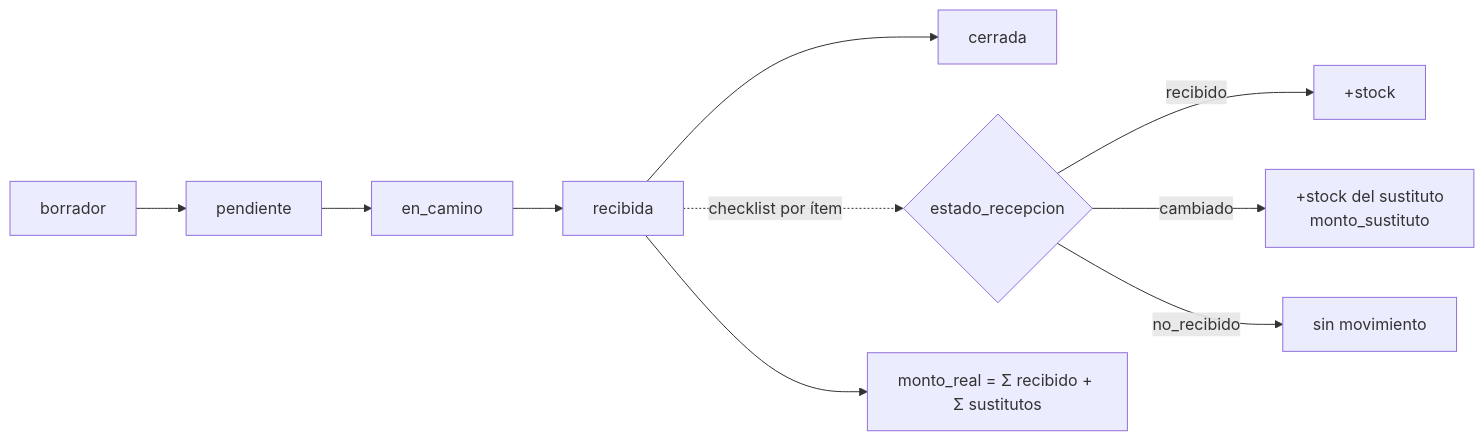
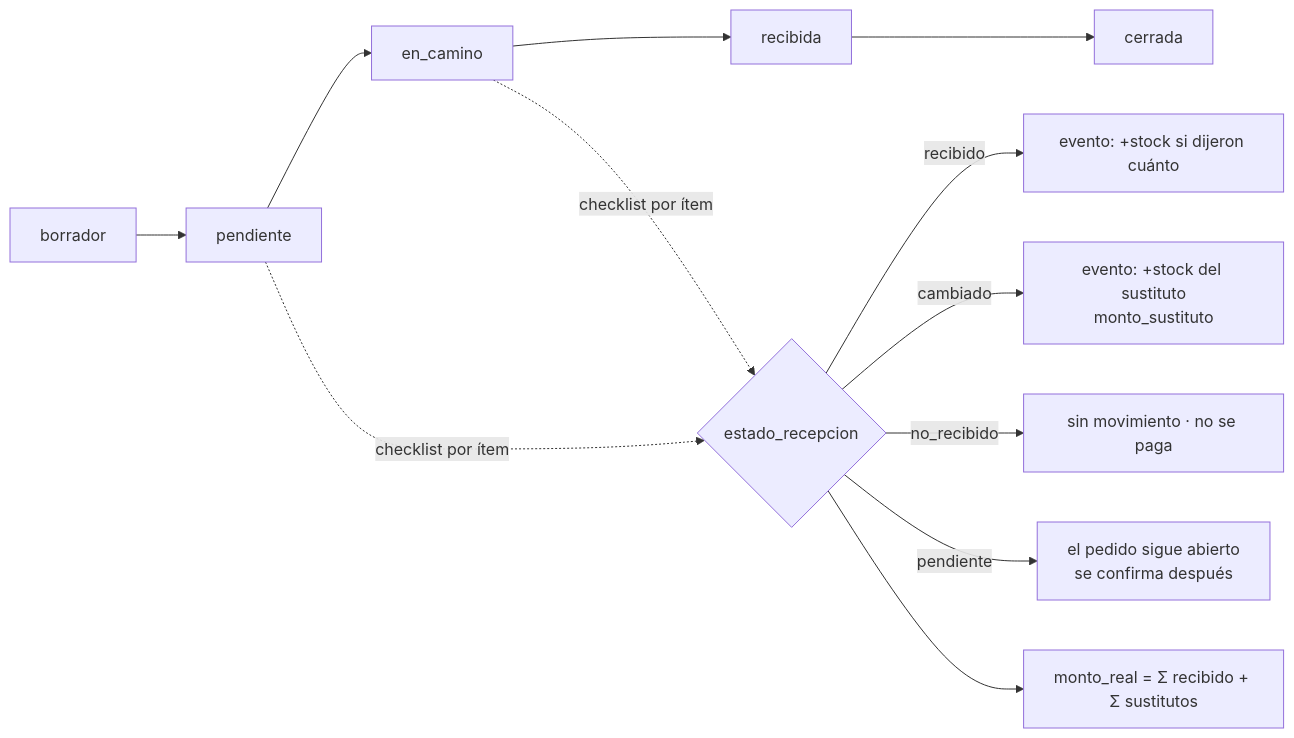
Before and after one commit to JoseFM2808/Mi-puestito: the fourth of 6 diagrams in .ai-context/01-logica-sistema.md, drawn with Mermaid. The commit also changed other lines of this file and 11 other files, not shown here.

````diff
--- a/.ai-context/01-logica-sistema.md
+++ b/.ai-context/01-logica-sistema.md
@@ -116,9 +118,10 @@
 ```mermaid
 flowchart LR
     B[borrador] --> P[pendiente] --> C[en_camino] --> R[recibida] --> X[cerrada]
-    R -. checklist por ítem .-> I{estado_recepcion}
-    I -->|recibido| S1[+stock]
-    I -->|cambiado| S2[+stock del sustituto<br/>monto_sustituto]
-    I -->|no_recibido| S3[sin movimiento]
-    R --> M[monto_real = Σ recibido + Σ sustitutos]
+    P & C -. checklist por ítem .-> I{estado_recepcion}
+    I -->|recibido| S1[evento: +stock si dijeron cuánto]
+    I -->|cambiado| S2[evento: +stock del sustituto<br/>monto_sustituto]
+    I -->|no_recibido| S3[sin movimiento · no se paga]
+    I -->|pendiente| S4[el pedido sigue abierto<br/>se confirma después]
+    I --> M[monto_real = Σ recibido + Σ sustitutos]
 ```
````
